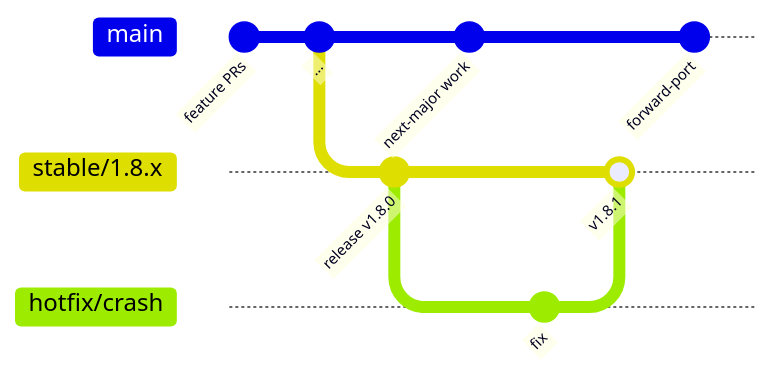
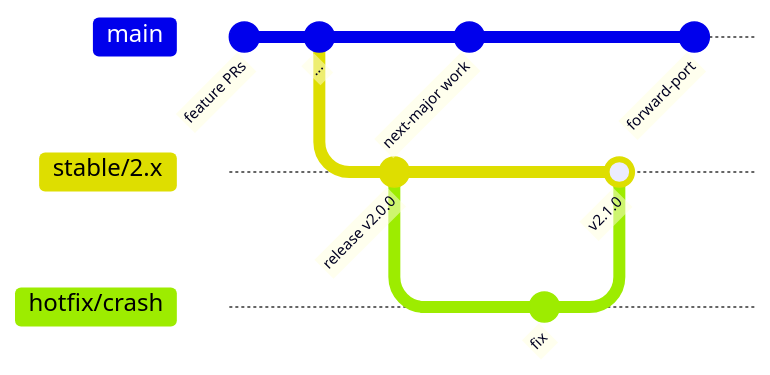
The first of 2 diagrams in docs/guide/04-shipping-code.md (WxboySuper/Graphical-Forecast-Creator), drawn with Mermaid before and after one commit. The commit also changed other lines of this file and 19 other files, not shown here.

````diff
--- a/docs/guide/04-shipping-code.md
+++ b/docs/guide/04-shipping-code.md
@@ -7,16 +7,16 @@
 ```mermaid
 gitGraph
   commit id: "feature PRs"
   commit id: "..."
-  branch stable/1.8.x
-  commit id: "release v1.8.0"
+  branch stable/2.x
+  commit id: "release v2.0.0"
   checkout main
   commit id: "next-major work"
-  checkout stable/1.8.x
+  checkout stable/2.x
   branch hotfix/crash
   commit id: "fix"
-  checkout stable/1.8.x
-  merge hotfix/crash id: "v1.8.1"
+  checkout stable/2.x
+  merge hotfix/crash id: "v2.1.0"
   checkout main
   commit id: "forward-port"
 ```
````
